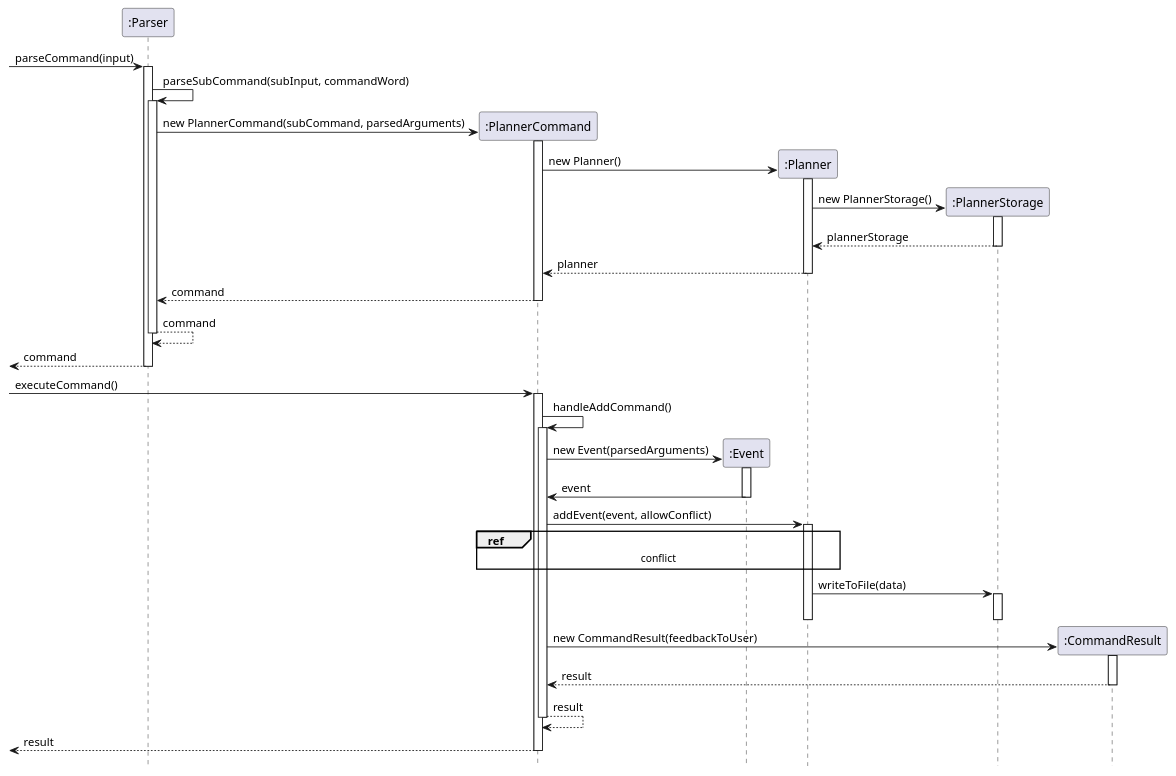
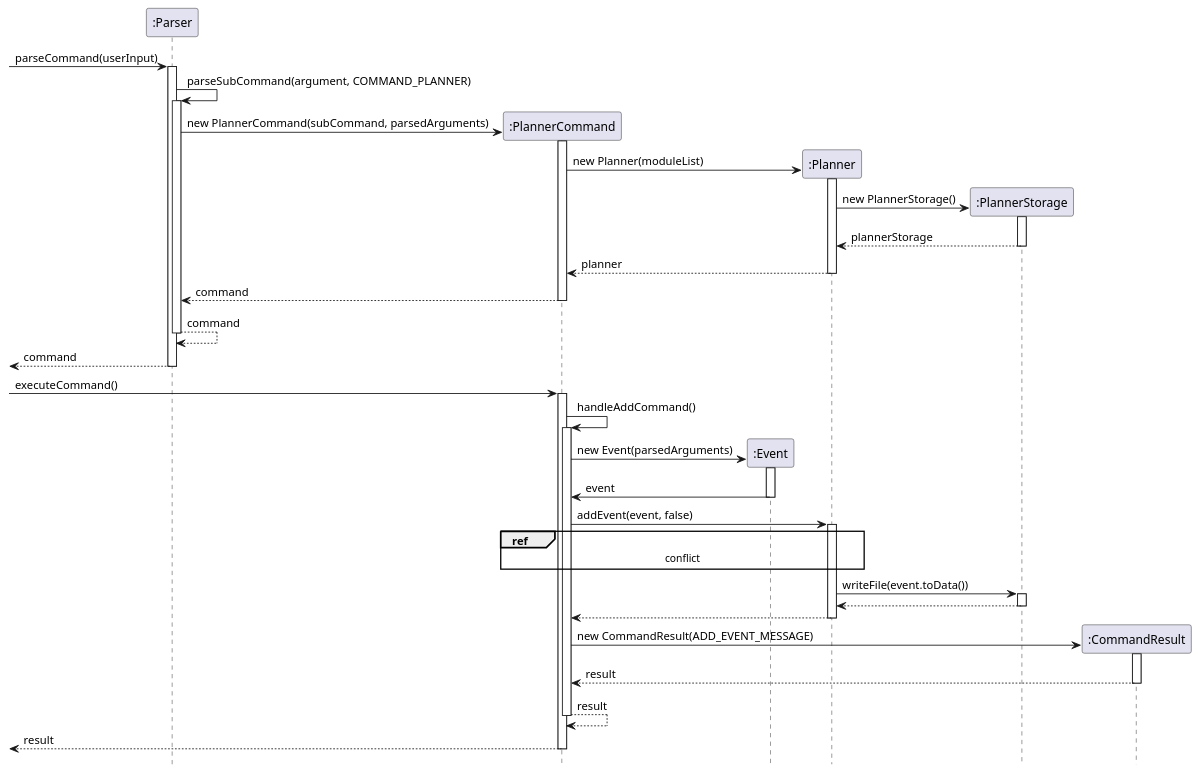
One commit to shyamgj1900/tp changed the diagram in docs/assets/plantuml/PlannerAddSequenceDiagram1.puml. Above: the diagram before and after it, drawn with PlantUML. The commit also changed 4 other files, not shown here.

Commit message:
Change the second planner add sequence diagram to puml

```diff
--- a/docs/assets/plantuml/PlannerAddSequenceDiagram1.puml
+++ b/docs/assets/plantuml/PlannerAddSequenceDiagram1.puml
@@ -1,83 +1,86 @@
 @startuml
 'https://plantuml.com/sequence-diagram
 
 hide footbox
 
 participant ":Parser" as parser
 participant ":PlannerCommand" as plc
 participant ":Event" as event
 participant ":Planner" as planner
 participant ":PlannerStorage" as pls
 participant ":CommandResult" as res
 
-[->parser : parseCommand(input)
+[->parser : parseCommand(userInput)
 activate parser
 
-parser -> parser : parseSubCommand(subInput, commandWord)
+parser -> parser : parseSubCommand(argument, COMMAND_PLANNER)
 activate parser
 
 create plc
 parser -> plc : new PlannerCommand(subCommand, parsedArguments)
 activate plc
 
 create planner
-plc -> planner : new Planner()
+plc -> planner : new Planner(moduleList)
 activate planner
 
 create pls
 planner -> pls : new PlannerStorage()
 activate pls
 
 pls --> planner : plannerStorage
 deactivate pls
 
 planner --> plc : planner
 deactivate planner
 
 plc --> parser : command
 deactivate plc
 
 parser --> parser : command
 deactivate parser
 
 parser-->[ : command
 deactivate parser
 
 [->plc : executeCommand()
 activate plc
 
 plc -> plc : handleAddCommand()
 activate plc
 
 create event
 plc -> event : new Event(parsedArguments)
 activate event
 
 event -> plc : event
 deactivate event
 
-plc -> planner : addEvent(event, allowConflict)
+plc -> planner : addEvent(event, false)
 activate planner
 
 ref over plc, planner : conflict
 
-planner -> pls : writeToFile(data)
+planner -> pls : writeFile(event.toData())
 activate pls
+
+pls --> planner
 deactivate pls
 
+planner --> plc
 deactivate planner
 
 create res
-plc -> res : new CommandResult(feedbackToUser)
+plc -> res : new CommandResult(ADD_EVENT_MESSAGE)
 activate res
 
 res --> plc : result
 deactivate res
 
 plc --> plc : result
 deactivate plc
 
 plc-->[ : result
 deactivate plc
 
 @enduml
```
